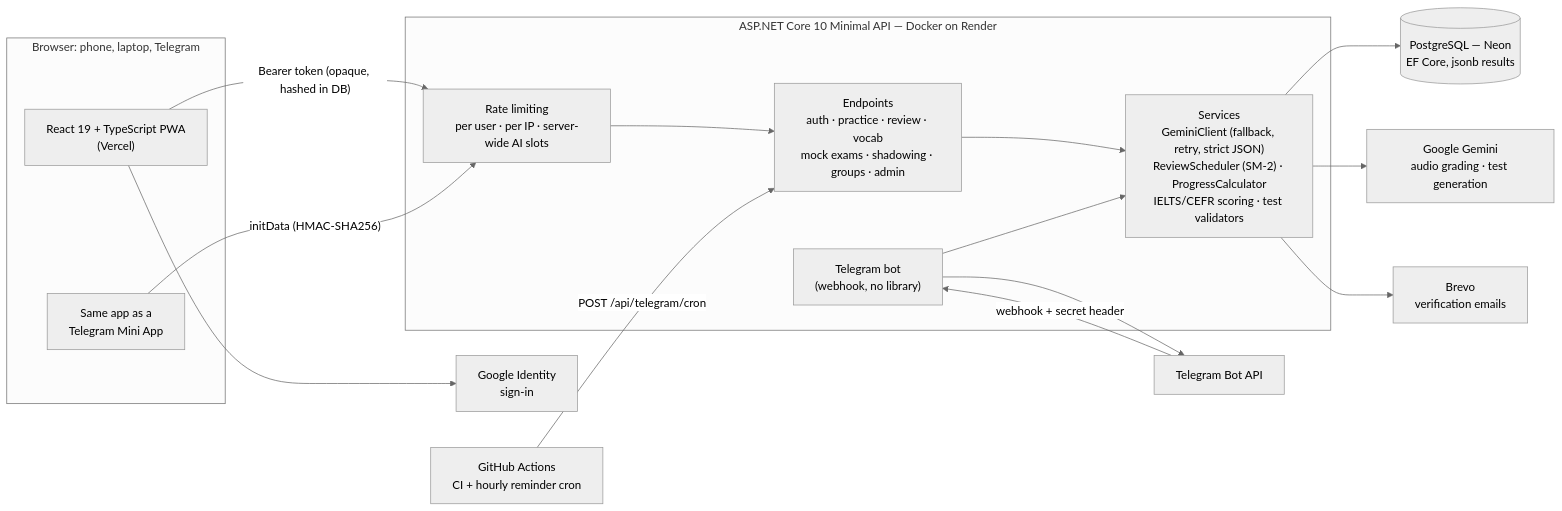
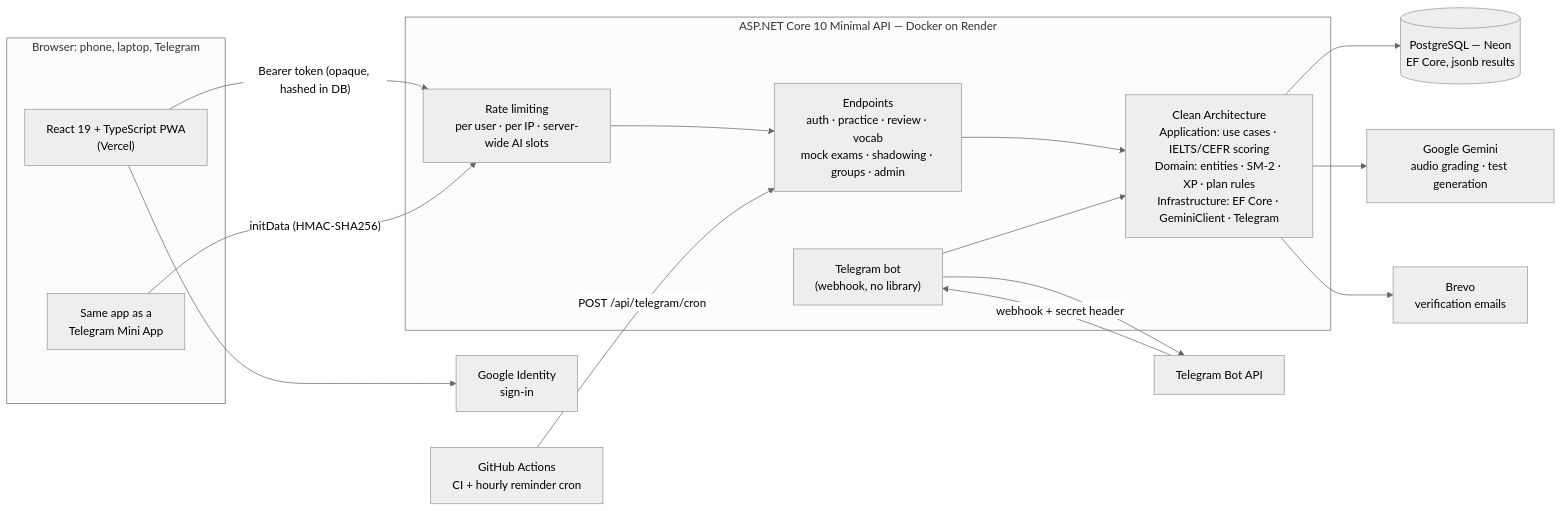
The diagram in README.md (ElshodDev/speaking-coach), drawn with Mermaid (neutral theme) before and after one commit. The commit also changed other lines of this file and 349 other files, not shown here.

First line of the commit message:
Backend: Clean Architecture (Domain / Application / Infrastructure / Api)

````diff
--- a/README.md
+++ b/README.md
@@ -70,31 +70,31 @@
 ```mermaid
 flowchart LR
     subgraph Client["Browser: phone, laptop, Telegram"]
         SPA["React 19 + TypeScript PWA<br/>(Vercel)"]
         MINI["Same app as a<br/>Telegram Mini App"]
     end
 
     subgraph API["ASP.NET Core 10 Minimal API — Docker on Render"]
         RL["Rate limiting<br/>per user · per IP · server-wide AI slots"]
         EP["Endpoints<br/>auth · practice · review · vocab<br/>mock exams · shadowing · groups · admin"]
-        SVC["Services<br/>GeminiClient (fallback, retry, strict JSON)<br/>ReviewScheduler (SM-2) · ProgressCalculator<br/>IELTS/CEFR scoring · test validators"]
+        SVC["Clean Architecture<br/>Application: use cases · IELTS/CEFR scoring<br/>Domain: entities · SM-2 · XP · plan rules<br/>Infrastructure: EF Core · GeminiClient · Telegram"]
         BOT["Telegram bot<br/>(webhook, no library)"]
     end
 
     DB[("PostgreSQL — Neon<br/>EF Core, jsonb results")]
     GEM["Google Gemini<br/>audio grading · test generation"]
     TG["Telegram Bot API"]
     BREVO["Brevo<br/>verification emails"]
     GOOGLE["Google Identity<br/>sign-in"]
     GH["GitHub Actions<br/>CI + hourly reminder cron"]
 
     SPA -- "Bearer token (opaque, hashed in DB)" --> RL --> EP
     MINI -- "initData (HMAC-SHA256)" --> RL
     EP --> SVC --> DB
     SVC --> GEM
     TG -- "webhook + secret header" --> BOT --> SVC
     BOT --> TG
     SVC --> BREVO
     SPA --> GOOGLE
     GH -- "POST /api/telegram/cron" --> EP
 ```
````
